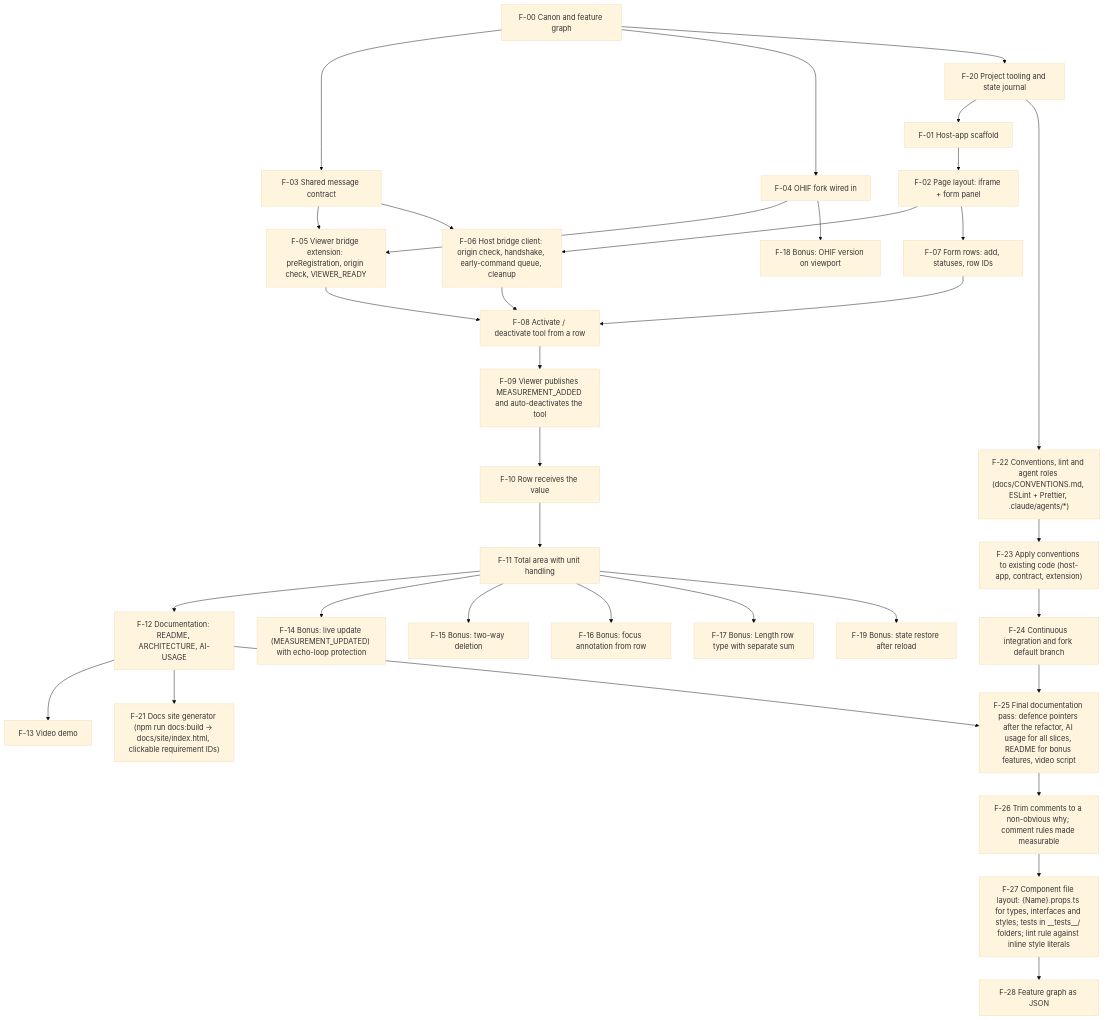
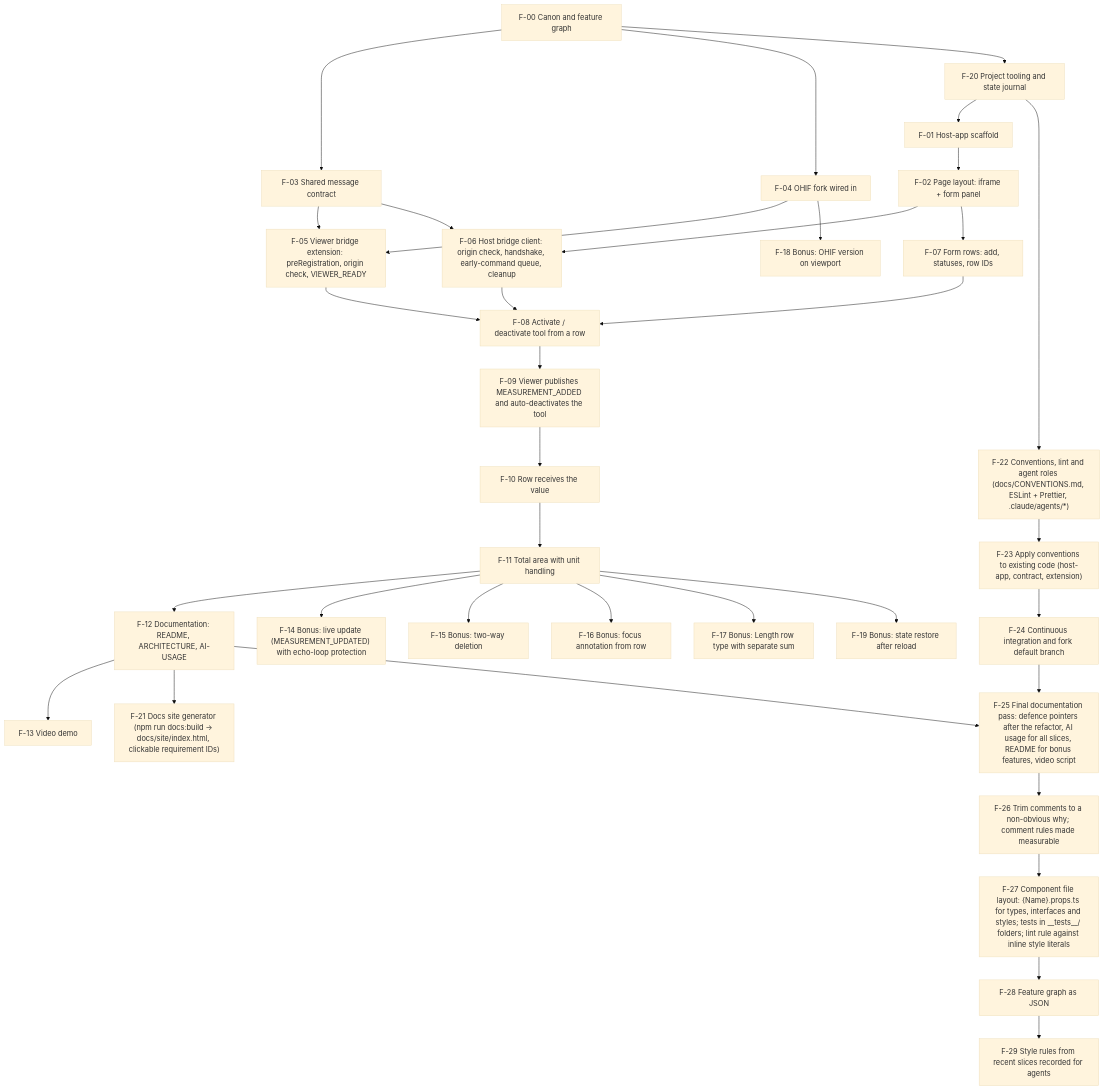
One commit to bdiadiun/artifact-synchronization changed the diagram in docs/FEATURE-GRAPH.md. Above: the diagram before and after it, drawn with Mermaid (base theme). The commit also changed other lines of this file and 7 other files, not shown here.

````diff
--- a/docs/FEATURE-GRAPH.md
+++ b/docs/FEATURE-GRAPH.md
@@ -86,66 +87,68 @@
 ```mermaid
 graph TD
   F00["F-00 Canon and feature graph"]
   F01["F-01 Host-app scaffold"]
   F02["F-02 Page layout: iframe + form panel"]
   F03["F-03 Shared message contract"]
   F04["F-04 OHIF fork wired in"]
   F05["F-05 Viewer bridge extension: preRegistration, origin check, VIEWER_READY"]
   F06["F-06 Host bridge client: origin check, handshake, early-command queue, cleanup"]
   F07["F-07 Form rows: add, statuses, row IDs"]
   F08["F-08 Activate / deactivate tool from a row"]
   F09["F-09 Viewer publishes MEASUREMENT_ADDED and auto-deactivates the tool"]
   F10["F-10 Row receives the value"]
   F11["F-11 Total area with unit handling"]
   F12["F-12 Documentation: README, ARCHITECTURE, AI-USAGE"]
   F13["F-13 Video demo"]
   F14["F-14 Bonus: live update (MEASUREMENT_UPDATED) with echo-loop protection"]
   F15["F-15 Bonus: two-way deletion"]
   F16["F-16 Bonus: focus annotation from row"]
   F17["F-17 Bonus: Length row type with separate sum"]
   F18["F-18 Bonus: OHIF version on viewport"]
   F19["F-19 Bonus: state restore after reload"]
   F20["F-20 Project tooling and state journal"]
   F21["F-21 Docs site generator (npm run docs:build → docs/site/index.html, clickable requirement IDs)"]
   F22["F-22 Conventions, lint and agent roles (docs/CONVENTIONS.md, ESLint + Prettier, .claude/agents/*)"]
   F23["F-23 Apply conventions to existing code (host-app, contract, extension)"]
   F24["F-24 Continuous integration and fork default branch"]
   F25["F-25 Final documentation pass: defence pointers after the refactor, AI usage for all slices, README for bonus features, video script"]
   F26["F-26 Trim comments to a non-obvious why; comment rules made measurable"]
   F27["F-27 Component file layout: {Name}.props.ts for types, interfaces and styles; tests in __tests__/ folders; lint rule against inline style literals"]
   F28["F-28 Feature graph as JSON"]
+  F29["F-29 Style rules from recent slices recorded for agents"]
 
   F20 --> F01
   F01 --> F02
   F00 --> F03
   F00 --> F04
   F03 --> F05
   F04 --> F05
   F02 --> F06
   F03 --> F06
   F02 --> F07
   F05 --> F08
   F06 --> F08
   F07 --> F08
   F08 --> F09
   F09 --> F10
   F10 --> F11
   F11 --> F12
   F12 --> F13
   F11 --> F14
   F11 --> F15
   F11 --> F16
   F11 --> F17
   F04 --> F18
   F11 --> F19
   F00 --> F20
   F12 --> F21
   F20 --> F22
   F22 --> F23
   F23 --> F24
   F12 --> F25
   F24 --> F25
   F25 --> F26
   F26 --> F27
   F27 --> F28
+  F28 --> F29
 ```
````
